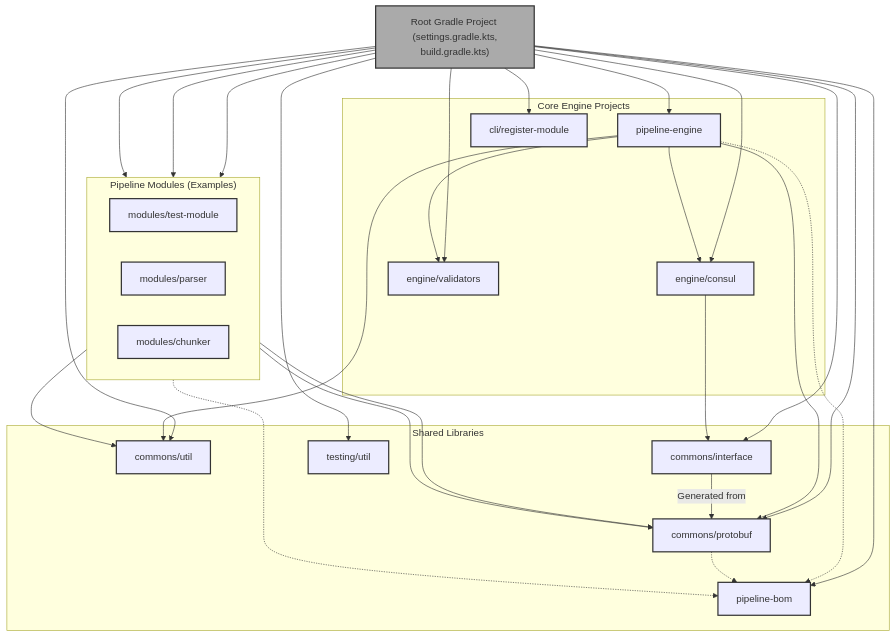
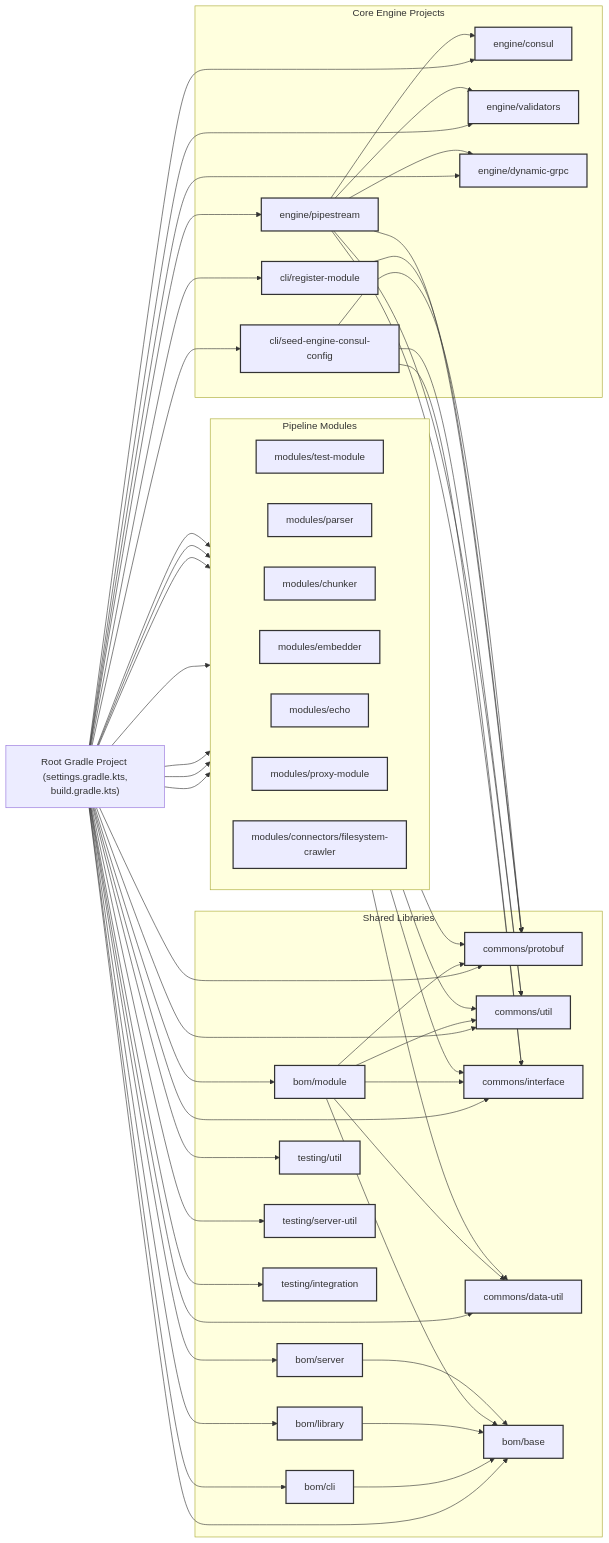
The diagram in ARCHITECTURE/Build_system.md (krickert/rokkon), drawn with Mermaid before and after one commit. The commit also changed other lines of this file and 3 other files, not shown here.

````diff
--- a/ARCHITECTURE/Build_system.md
+++ b/ARCHITECTURE/Build_system.md
@@ -29,67 +37,102 @@
 ```mermaid
-graph TD
+graph LR
     RootProject["Root Gradle Project <br> (settings.gradle.kts, build.gradle.kts)"]
 
     subgraph "Core Engine Projects"
-        Engine[pipeline-engine]
+        Engine[engine/pipestream]
         EngineConsul[engine/consul]
         EngineValidators[engine/validators]
-        EngineCLI[cli/register-module]
+        EngineDynamicGrpc[engine/dynamic-grpc]
+        EngineCLIRegister[cli/register-module]
+        EngineCLISeed[cli/seed-engine-consul-config]
     end
 
     subgraph "Shared Libraries"
         Protobuf[commons/protobuf]
-        Commons[commons/util]
-        Interface[commons/interface]
-        BOM[pipeline-bom]
+        CommonsUtil[commons/util]
+        CommonsInterface[commons/interface]
+        CommonsDataUtil[commons/data-util]
+        BOMBase[bom/base]
+        BOMCLI[bom/cli]
+        BOMLibrary[bom/library]
+        BOMModule[bom/module]
+        BOMServer[bom/server]
         TestUtils[testing/util]
+        TestServerUtils[testing/server-util]
+        TestIntegration[testing/integration]
     end
 
-    subgraph "Pipeline Modules (Examples)"
+    subgraph "Pipeline Modules"
         direction LR
         ModuleTest[modules/test-module]
         ModuleParser[modules/parser]
         ModuleChunker[modules/chunker]
-        %% Add other modules as needed
+        ModuleEmbedder[modules/embedder]
+        ModuleEcho[modules/echo]
+        ModuleProxy[modules/proxy-module]
+        ModuleFilesystemCrawler[modules/connectors/filesystem-crawler]
     end
 
     RootProject --> Engine
     RootProject --> EngineConsul
     RootProject --> EngineValidators
-    RootProject --> EngineCLI
+    RootProject --> EngineDynamicGrpc
+    RootProject --> EngineCLIRegister
+    RootProject --> EngineCLISeed
     RootProject --> Protobuf
-    RootProject --> Commons
-    RootProject --> Interface
-    RootProject --> BOM
+    RootProject --> CommonsUtil
+    RootProject --> CommonsInterface
+    RootProject --> CommonsDataUtil
+    RootProject --> BOMBase
+    RootProject --> BOMCLI
+    RootProject --> BOMLibrary
+    RootProject --> BOMModule
+    RootProject --> BOMServer
     RootProject --> TestUtils
+    RootProject --> TestServerUtils
+    RootProject --> TestIntegration
     RootProject --> ModuleTest
     RootProject --> ModuleParser
     RootProject --> ModuleChunker
+    RootProject --> ModuleEmbedder
+    RootProject --> ModuleEcho
+    RootProject --> ModuleProxy
+    RootProject --> ModuleFilesystemCrawler
 
     %% Dependencies (Illustrative)
     Engine --> EngineConsul
     Engine --> EngineValidators
+    Engine --> EngineDynamicGrpc
+    Engine --> CommonsInterface
+    Engine --> CommonsUtil
     Engine --> Protobuf
-    Engine --> Commons
-    EngineConsul --> Interface
-    Interface -- Generated from --> Protobuf
+    EngineCLIRegister --> Protobuf
+    EngineCLISeed --> Protobuf
+    EngineCLISeed --> CommonsUtil
+    EngineCLISeed --> CommonsInterface
 
     ModuleTest --> Protobuf
-    ModuleTest --> Commons
-    ModuleParser --> Protobuf
+    ModuleTest --> CommonsUtil
+    ModuleTest --> CommonsInterface
+    ModuleTest --> CommonsDataUtil
 
-    %% All projects implicitly depend on BOM for version management
-    Engine -.-> BOM
-    Protobuf -.-> BOM
-    ModuleTest -.-> BOM
+    %% BOM dependencies
+    BOMCLI --> BOMBase
+    BOMLibrary --> BOMBase
+    BOMModule --> BOMBase
+    BOMServer --> BOMBase
+    BOMModule --> CommonsInterface
+    BOMModule --> CommonsUtil
+    BOMModule --> CommonsDataUtil
+    BOMModule --> Protobuf
 
     classDef root fill:#aaa,stroke:#333,stroke-width:2px;
     classDef core fill:#lightblue,stroke:#333,stroke-width:2px;
     classDef shared fill:#lightgreen,stroke:#333,stroke-width:2px;
     classDef module fill:#lightcoral,stroke:#333,stroke-width:2px;
 
-    class RootProject root;
-    class Engine,EngineConsul,EngineValidators,EngineCLI core;
-    class Protobuf,Commons,Interface,BOM,TestUtils shared;
-    class ModuleTest,ModuleParser,ModuleChunker module;
+    class Engine,EngineConsul,EngineValidators,EngineDynamicGrpc,EngineCLIRegister,EngineCLISeed core;
+    class Protobuf,CommonsUtil,CommonsInterface,CommonsDataUtil,BOMBase,BOMCLI,BOMLibrary,BOMModule,BOMServer,TestUtils,TestServerUtils,TestIntegration shared;
+    class ModuleTest,ModuleParser,ModuleChunker,ModuleEmbedder,ModuleEcho,ModuleProxy,ModuleFilesystemCrawler module;
+
 ```
````
